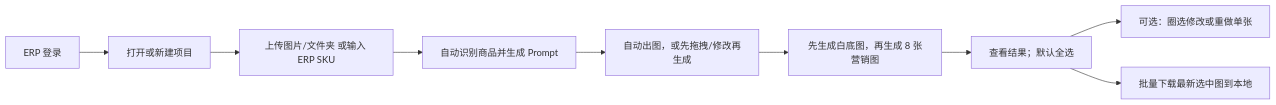
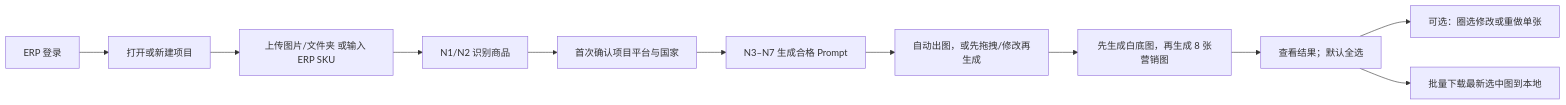
Before and after one commit to yuanZhang7777777/picturesGeneratePlatform: the diagram in docs/project/REQUIREMENTS-BOUNDARY-CONFIRMATION.md, drawn with Mermaid. The commit also changed other lines of this file and 4 other files, not shown here.

````diff
--- a/docs/project/REQUIREMENTS-BOUNDARY-CONFIRMATION.md
+++ b/docs/project/REQUIREMENTS-BOUNDARY-CONFIRMATION.md
@@ -18,11 +18,13 @@
 ```mermaid
 flowchart LR
   A["ERP 登录"] --> B["打开或新建项目"]
   B --> C["上传图片/文件夹 或输入 ERP SKU"]
-  C --> D["自动识别商品并生成 Prompt"]
-  D --> E["自动出图，或先拖拽/修改再生成"]
-  E --> F["先生成白底图，再生成 8 张营销图"]
-  F --> G["查看结果；默认全选"]
-  G --> H["可选：圈选修改或重做单张"]
-  G --> I["批量下载最新选中图到本地"]
+  C --> D["N1/N2 识别商品"]
+  D --> E["首次确认项目平台与国家"]
+  E --> F["N3–N7 生成合格 Prompt"]
+  F --> G["自动出图，或先拖拽/修改再生成"]
+  G --> H["先生成白底图，再生成 8 张营销图"]
+  H --> I["查看结果；默认全选"]
+  I --> J["可选：圈选修改或重做单张"]
+  I --> K["批量下载最新选中图到本地"]
 ```
````
